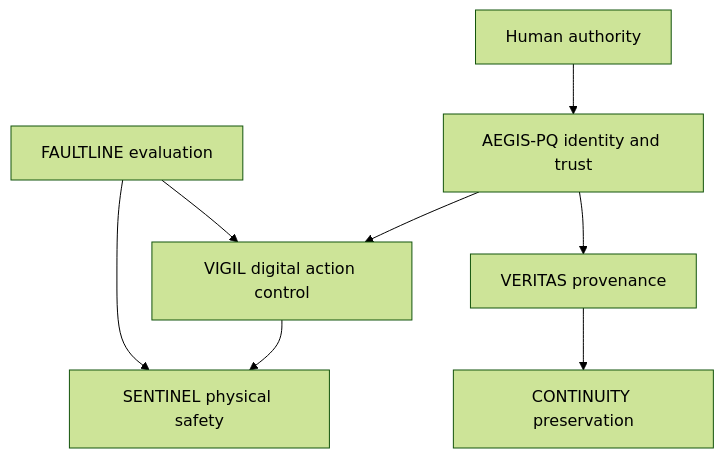
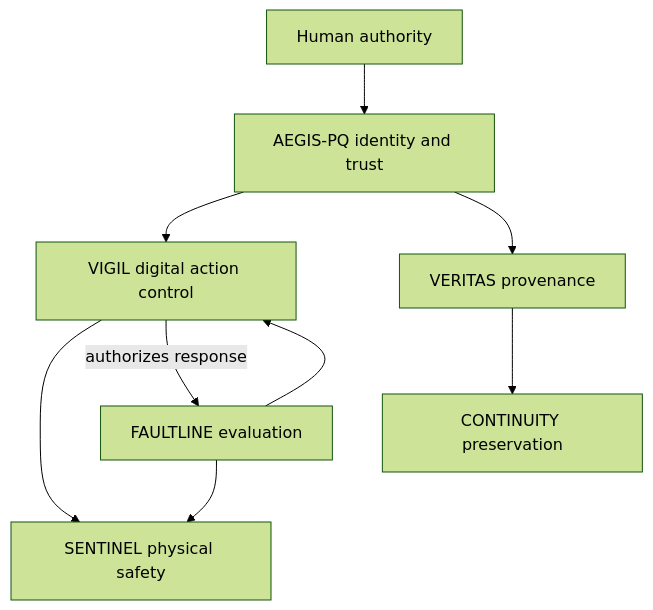
Before and after one commit to bbrookhart/bbrookhart: the diagram in PROGRAM_MAP.md, drawn with Mermaid (forest theme). The commit also changed other lines of this file and 6 other files, not shown here.

````diff
--- a/PROGRAM_MAP.md
+++ b/PROGRAM_MAP.md
@@ -28,10 +28,11 @@
 ```mermaid
 flowchart TD
     H["Human authority"] --> A["AEGIS-PQ identity and trust"]
     A --> V["VIGIL digital action control"]
     V --> S["SENTINEL physical safety"]
     F["FAULTLINE evaluation"] --> V
+    V -->|"authorizes response"| F
     F --> S
     R["VERITAS provenance"] --> C["CONTINUITY preservation"]
     A --> R
 ```
````
